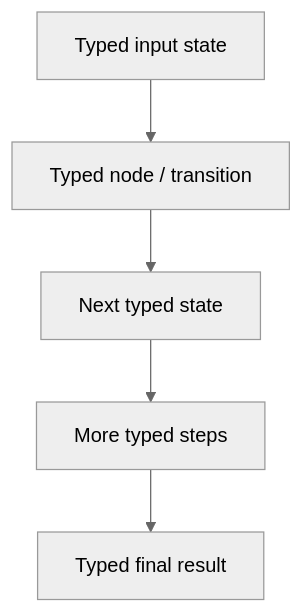
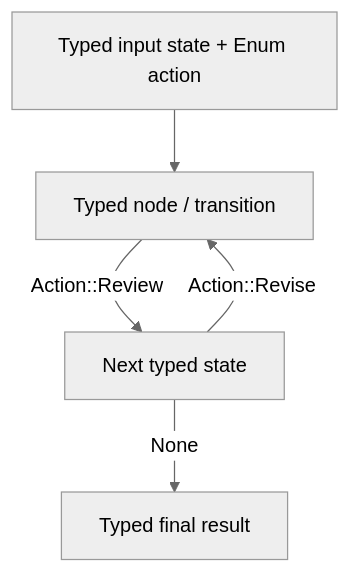
One commit to EzekTec-Inc/AgentFlow changed the diagram in examples/TYPED_FLOW.md. Above: the diagram before and after it, drawn with Mermaid (neutral theme). The commit also changed other lines of this file and 19 other files, not shown here.

Commit message:
docs: update README, ARCHITECTURE, and examples to reflect v0.3.0 changes

````diff
--- a/examples/TYPED_FLOW.md
+++ b/examples/TYPED_FLOW.md
@@ -21,7 +22,7 @@
 ```mermaid
 flowchart TD
-    A[Typed input state] --> B[Typed node / transition]
-    B --> C[Next typed state]
-    C --> D[More typed steps]
-    D --> E[Typed final result]
+    A[Typed input state + Enum action] --> B[Typed node / transition]
+    B -->|Action::Review| C[Next typed state]
+    C -->|Action::Revise| B
+    C -->|None| E[Typed final result]
 ```
````
